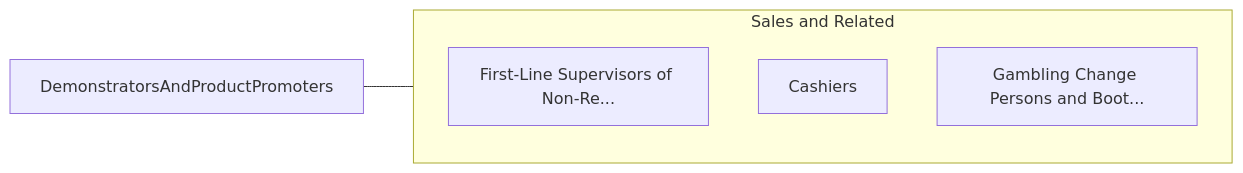
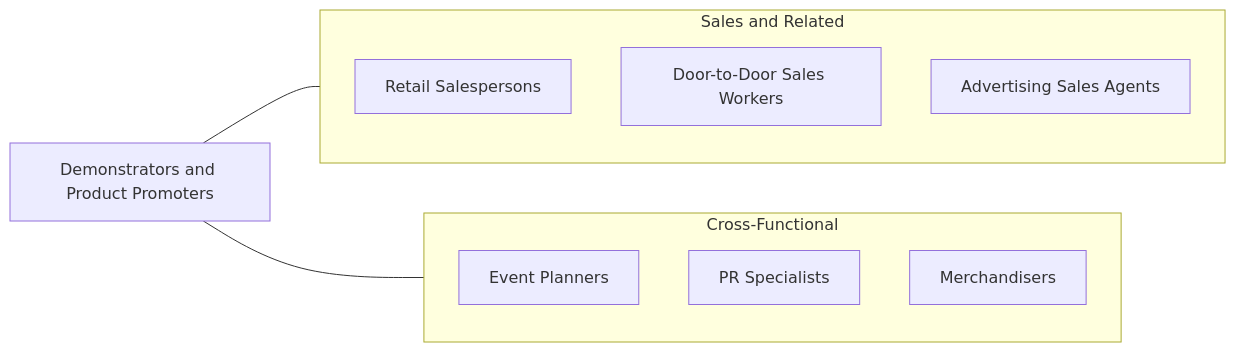
Before and after one commit to kziemski/business.org.ai: the fourth of 4 diagrams in occupations/Sales/DemonstratorsAndProductPromoters.mdx, drawn with Mermaid. The commit also changed other lines of this file and 938 other files, not shown here.

````diff
--- a/occupations/Sales/DemonstratorsAndProductPromoters.mdx
+++ b/occupations/Sales/DemonstratorsAndProductPromoters.mdx
@@ -111,13 +173,19 @@
 ```mermaid
 graph LR
-    Current["DemonstratorsAndProductPromoters"]
+    Current["Demonstrators and Product Promoters"]
 
     subgraph SameCategory["Sales and Related"]
-        FirstLineSupervisors["First-Line Supervisors of Retail..."]
-        FirstLineSupervisors["First-Line Supervisors of Non-Re..."]
-        Cashiers["Cashiers"]
-        GamblingChangePerson["Gambling Change Persons and Boot..."]
+        Retail["Retail Salespersons"]
+        DoorToDoor["Door-to-Door Sales Workers"]
+        AdvSales["Advertising Sales Agents"]
+    end
+
+    subgraph CrossFunctional["Cross-Functional"]
+        EventPlanners["Event Planners"]
+        PRSpecialists["PR Specialists"]
+        MerchandiserS["Merchandisers"]
     end
 
     Current --- SameCategory
+    Current --- CrossFunctional
 ```
````
